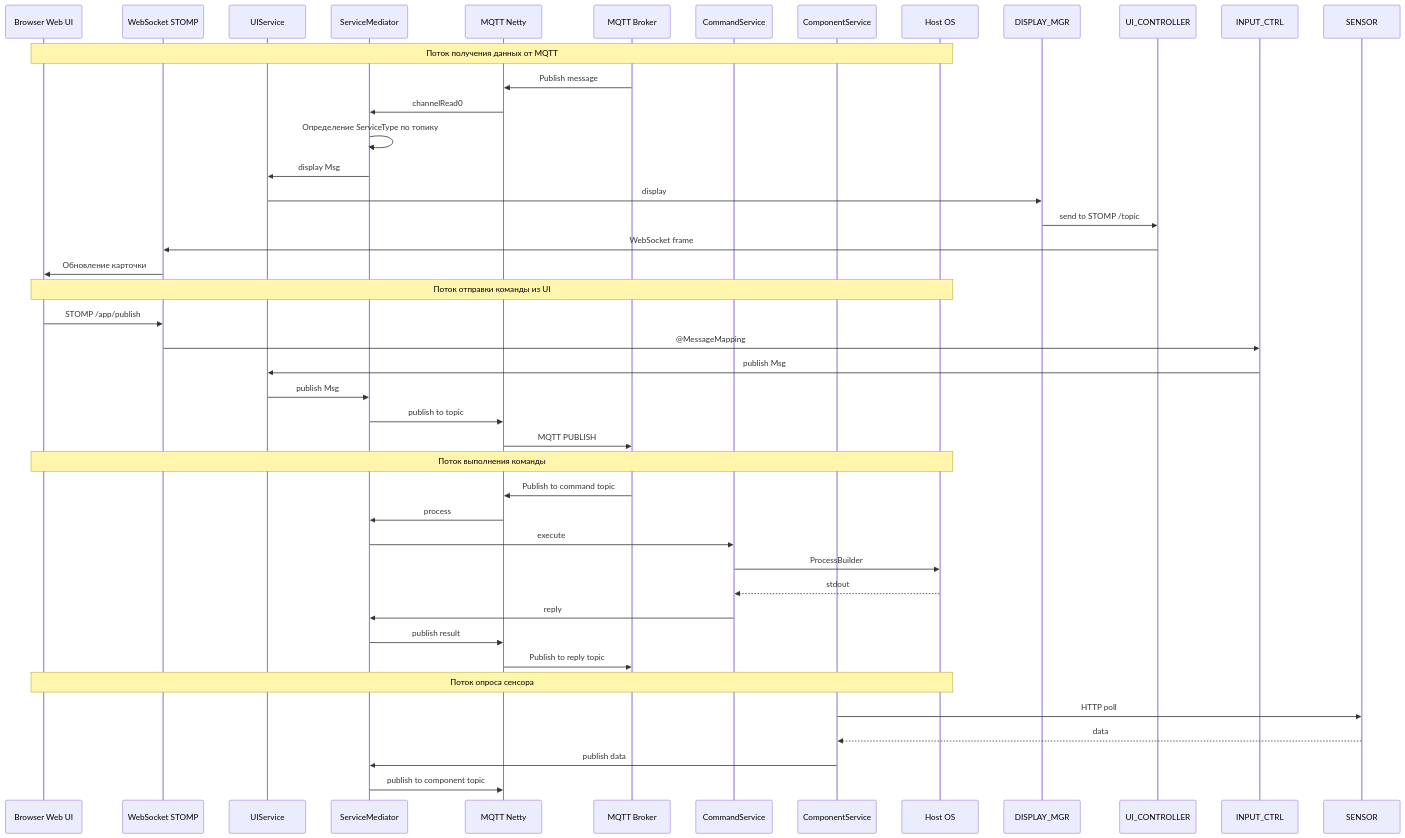
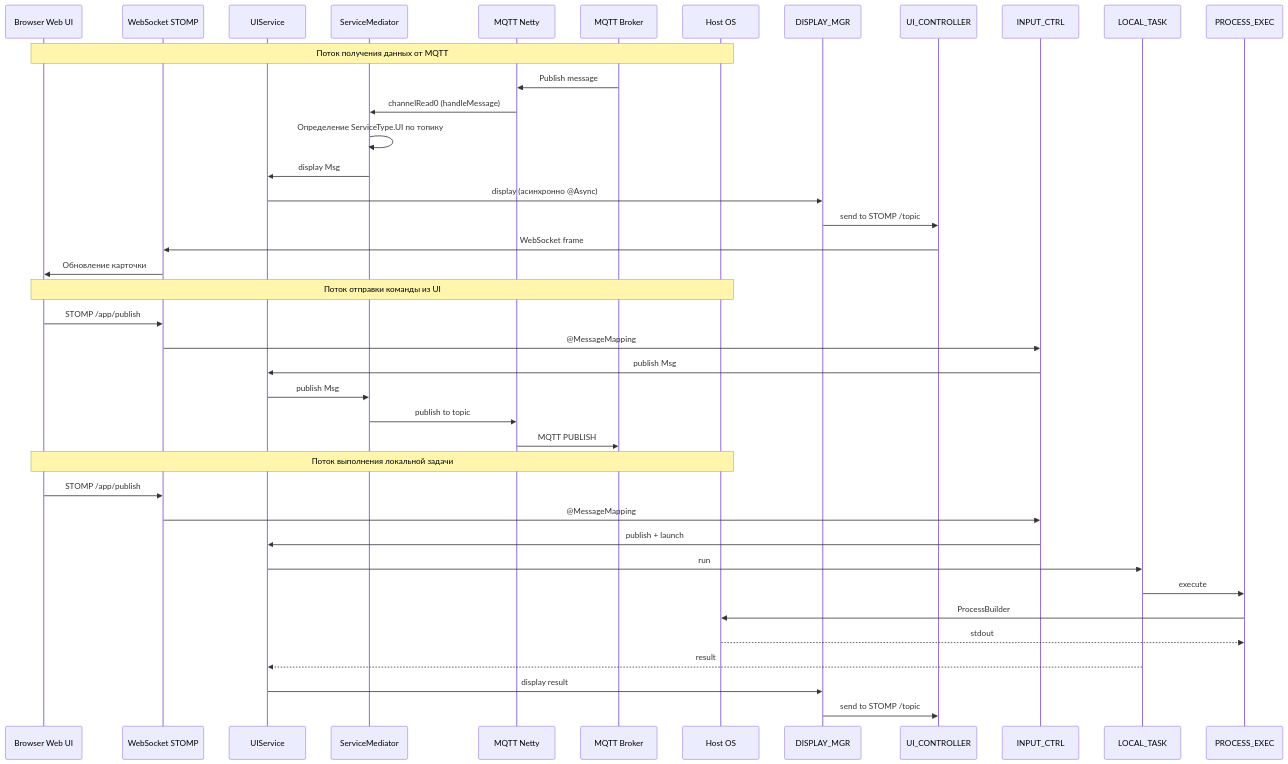
One commit to Maxeltr/homeMq2t changed the third of 5 diagrams in plans/architecture.md. Above: the diagram before and after it, drawn with Mermaid. The commit also changed other lines of this file and 4 other files, not shown here.

````diff
--- a/plans/architecture.md
+++ b/plans/architecture.md
@@ -124,50 +113,43 @@
 ```mermaid
 sequenceDiagram
     participant B as Browser Web UI
     participant WS as WebSocket STOMP
     participant UI as UIService
     participant M as ServiceMediator
     participant MQ as MQTT Netty
     participant BR as MQTT Broker
-    participant CMD as CommandService
-    participant COMP as ComponentService
     participant OS as Host OS
 
     Note over B,OS: Поток получения данных от MQTT
 
     BR->>MQ: Publish message
-    MQ->>M: channelRead0
-    M->>M: Определение ServiceType по топику
+    MQ->>M: channelRead0 (handleMessage)
+    M->>M: Определение ServiceType.UI по топику
     M->>UI: display Msg
-    UI->>DISPLAY_MGR: display
+    UI->>DISPLAY_MGR: display (асинхронно @Async)
     DISPLAY_MGR->>UI_CONTROLLER: send to STOMP /topic
     UI_CONTROLLER->>WS: WebSocket frame
     WS->>B: Обновление карточки
 
     Note over B,OS: Поток отправки команды из UI
 
     B->>WS: STOMP /app/publish
     WS->>INPUT_CTRL: @MessageMapping
     INPUT_CTRL->>UI: publish Msg
     UI->>M: publish Msg
     M->>MQ: publish to topic
     MQ->>BR: MQTT PUBLISH
 
-    Note over B,OS: Поток выполнения команды
+    Note over B,OS: Поток выполнения локальной задачи
 
-    BR->>MQ: Publish to command topic
-    MQ->>M: process
-    M->>CMD: execute
-    CMD->>OS: ProcessBuilder
-    OS-->>CMD: stdout
-    CMD->>M: reply
-    M->>MQ: publish result
-    MQ->>BR: Publish to reply topic
-
-    Note over B,OS: Поток опроса сенсора
-
-    COMP->>SENSOR: HTTP poll
-    SENSOR-->>COMP: data
-    COMP->>M: publish data
-    M->>MQ: publish to component topic
+    B->>WS: STOMP /app/publish
+    WS->>INPUT_CTRL: @MessageMapping
+    INPUT_CTRL->>UI: publish + launch
+    UI->>LOCAL_TASK: run
+    LOCAL_TASK->>PROCESS_EXEC: execute
+    PROCESS_EXEC->>OS: ProcessBuilder
+    OS-->>PROCESS_EXEC: stdout
+    LOCAL_TASK-->>UI: result
+    UI->>DISPLAY_MGR: display result
+    DISPLAY_MGR->>UI_CONTROLLER: send to STOMP /topic
 ```
````
